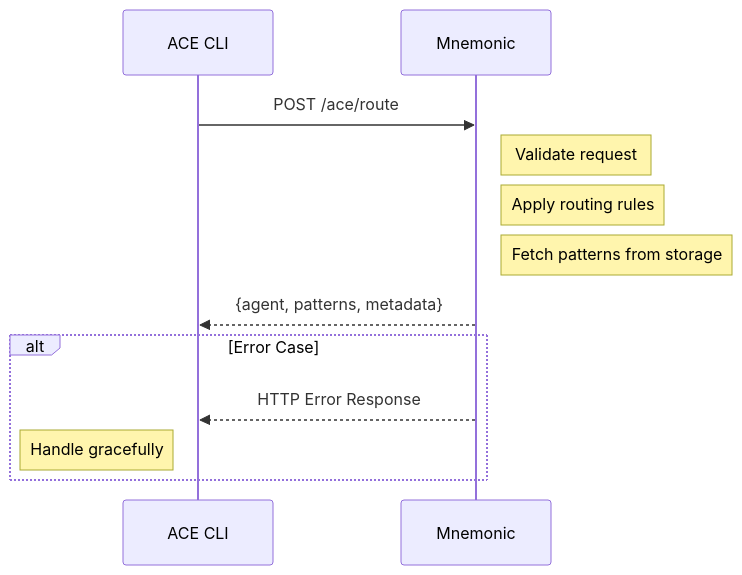
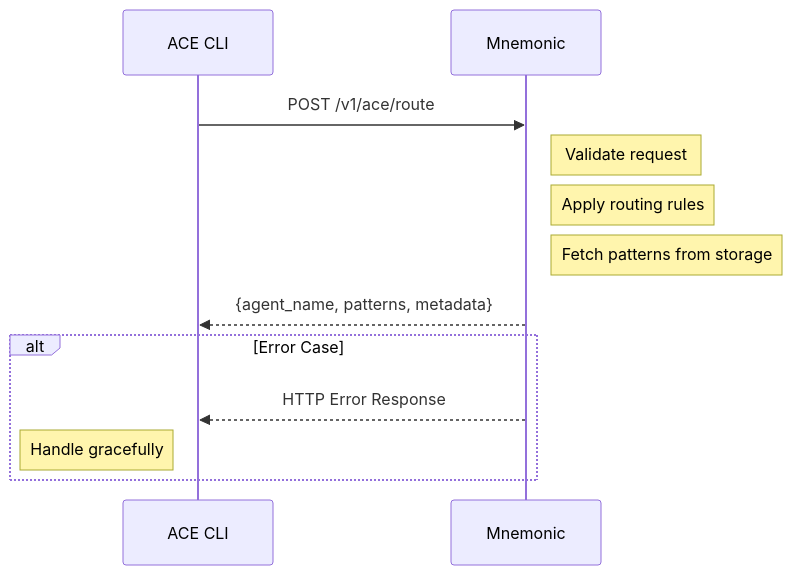
Before and after one commit to twistingmercury/mnemonic-mcp: the second of 8 diagrams in docs/architecture/04-communication-patterns.md, drawn with Mermaid. The commit also changed other lines of this file and 14 other files, not shown here.

Commit message:
docs reviewed for consistency. Need to spec out ACE cli

````diff
--- a/docs/architecture/04-communication-patterns.md
+++ b/docs/architecture/04-communication-patterns.md
@@ -50,16 +52,16 @@
 ```mermaid
 sequenceDiagram
     participant CLI as ACE CLI
     participant MN as Mnemonic
 
-    CLI->>MN: POST /ace/route
+    CLI->>MN: POST /v1/ace/route
     Note right of MN: Validate request
     Note right of MN: Apply routing rules
     Note right of MN: Fetch patterns from storage
-    MN-->>CLI: {agent, patterns, metadata}
+    MN-->>CLI: {agent_name, patterns, metadata}
 
     alt Error Case
         MN-->>CLI: HTTP Error Response
         Note left of CLI: Handle gracefully
     end
 ```
````
